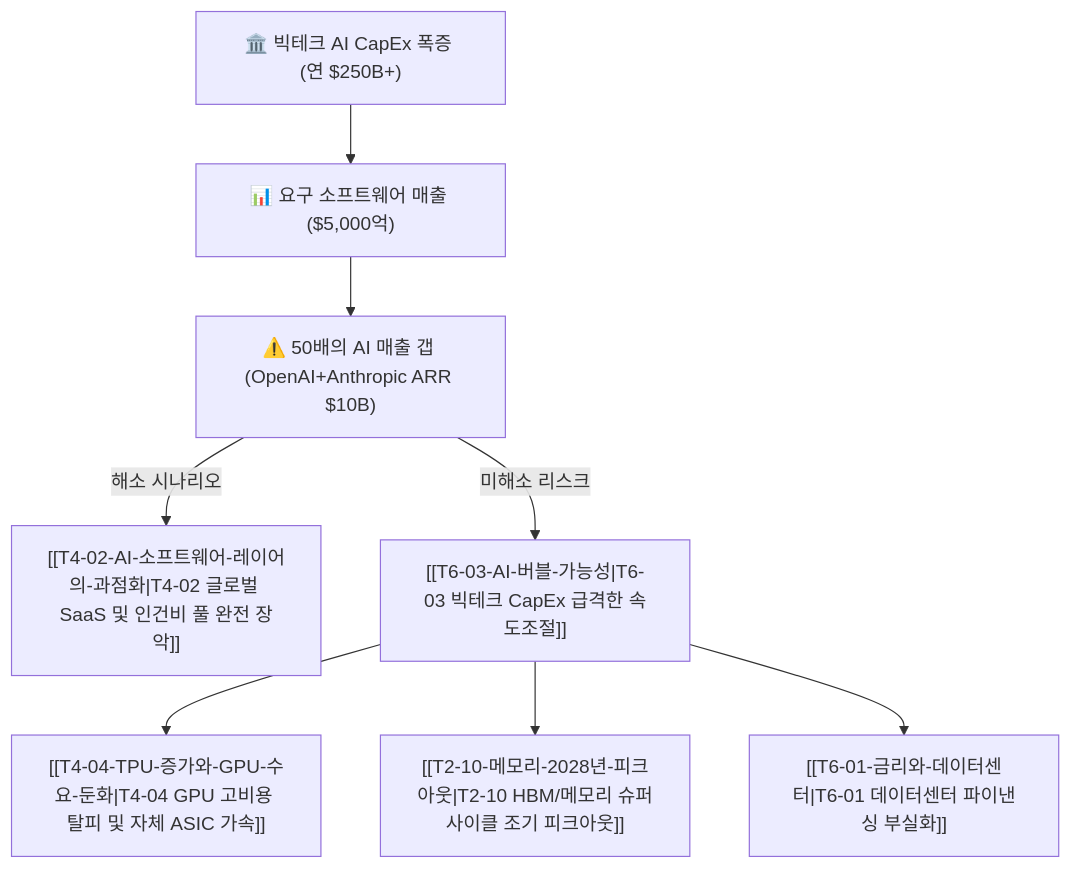
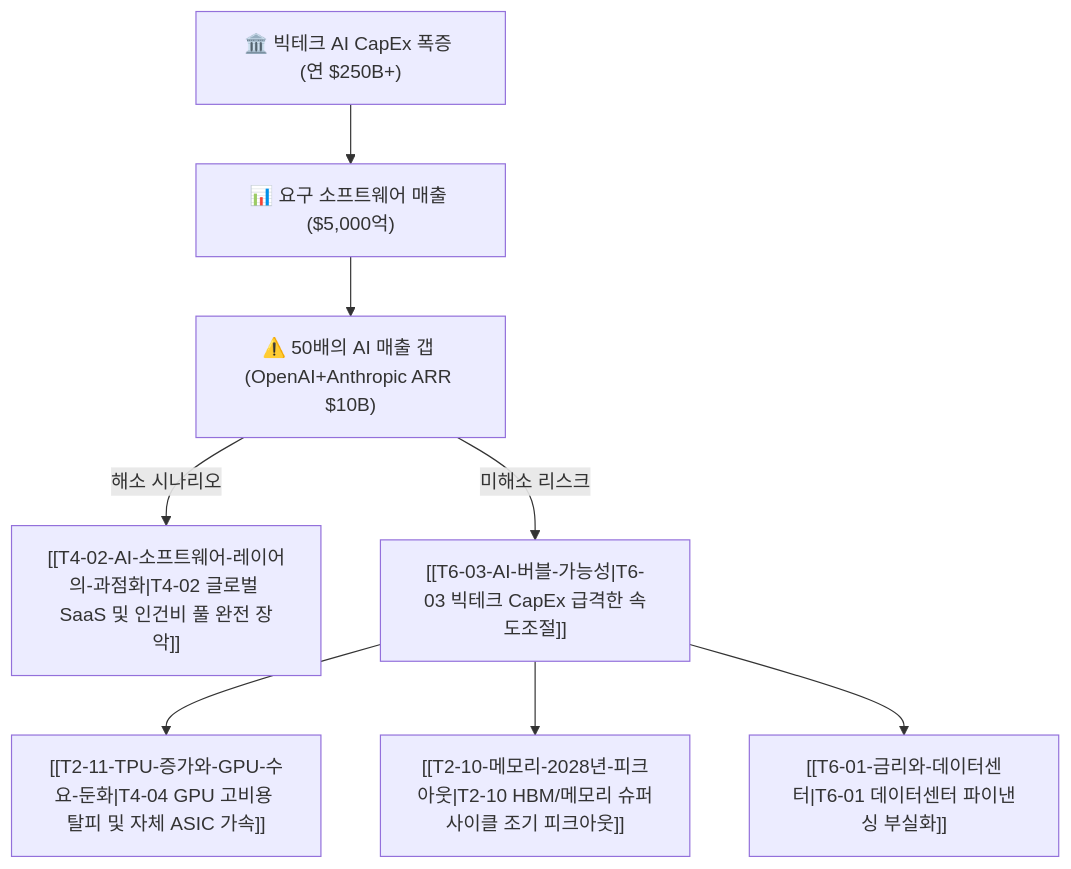
The diagram in thesis/T6-05-오픈AI·앤트로픽의-5000억달러-매출-갭과-데이터센터-ROI-딜레마.md (zoofighter/b_0901_Argus_pulse), drawn with Mermaid before and after one commit. The commit also changed other lines of this file and 94 other files, not shown here.

````diff
--- a/thesis/T6-05-오픈AI·앤트로픽의-5000억달러-매출-갭과-데이터센터-ROI-딜레마.md
+++ b/thesis/T6-05-오픈AI·앤트로픽의-5000억달러-매출-갭과-데이터센터-ROI-딜레마.md
@@ -105,12 +106,12 @@
 ```mermaid
 flowchart TD
     CapEx["🏛️ 빅테크 AI CapEx 폭증 (연 $250B+)"] --> ReqRev["📊 요구 소프트웨어 매출 ($5,000억)"]
     ReqRev --> RevGap["⚠️ 50배의 AI 매출 갭 (OpenAI+Anthropic ARR $10B)"]
     
     RevGap -->|해소 시나리오| Win_SaaS["[[T4-02-AI-소프트웨어-레이어의-과점화|T4-02 글로벌 SaaS 및 인건비 풀 완전 장악]]"]
     
     RevGap -->|미해소 리스크| Risk_CapEx["[[T6-03-AI-버블-가능성|T6-03 빅테크 CapEx 급격한 속도조절]]"]
-    Risk_CapEx --> Risk_Chip["[[T4-04-TPU-증가와-GPU-수요-둔화|T4-04 GPU 고비용 탈피 및 자체 ASIC 가속]]"]
+    Risk_CapEx --> Risk_Chip["[[T2-11-TPU-증가와-GPU-수요-둔화|T4-04 GPU 고비용 탈피 및 자체 ASIC 가속]]"]
     Risk_CapEx --> Risk_Mem["[[T2-10-메모리-2028년-피크아웃|T2-10 HBM/메모리 슈퍼사이클 조기 피크아웃]]"]
     Risk_CapEx --> Risk_Rate["[[T6-01-금리와-데이터센터|T6-01 데이터센터 파이낸싱 부실화]]"]
 ```
````
